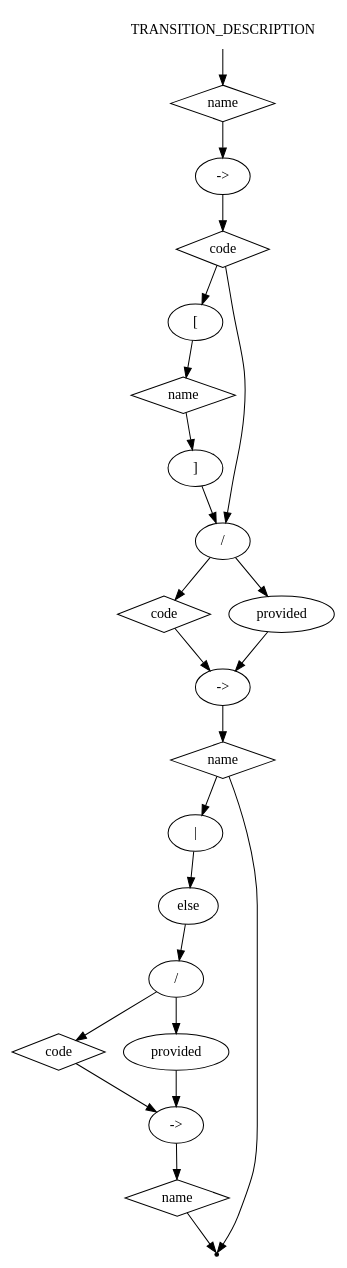
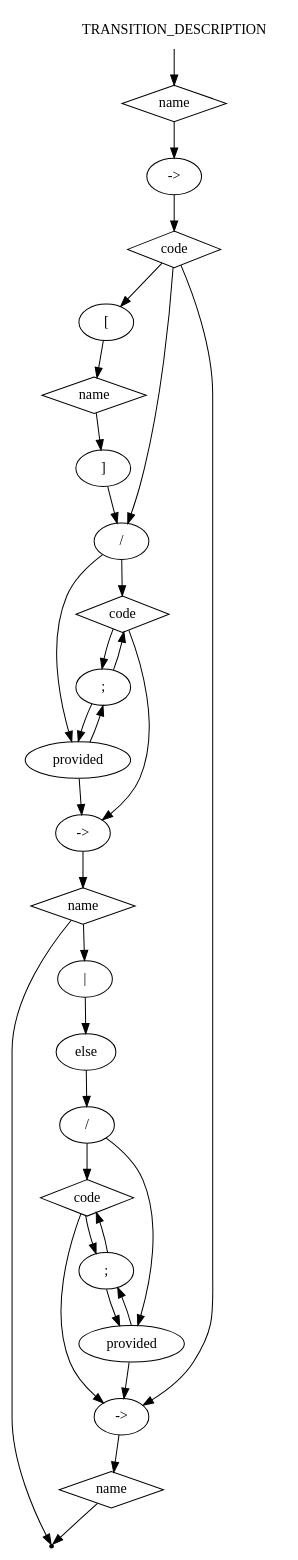
The diagram in ciao_gv/transition_description.gv (Samirox66/ciao), drawn with Graphviz before and after one commit. The commit also changed 6 other files, not shown here.

```diff
--- a/ciao_gv/transition_description.gv
+++ b/ciao_gv/transition_description.gv
@@ -1,61 +1,75 @@
 digraph TRANSITION_DESCRIPTION {
 start [label=TRANSITION_DESCRIPTION shape=plaintext]
 A [label=name shape=diamond]
 B [label="->" shape=oval]
 C [label=code shape=diamond]
 
 D [label="[" shape=oval]
 E [label=name shape=diamond]
 F [label="]" shape=oval]
 
 G [label="/" shape=oval]
 H  [label=code shape=diamond]
 J [label="provided" shape=oval]
+U [label =";" shape=oval]
 
 K [label="->" shape=oval]
 L [label=name shape=diamond]
 
 P  [label="|" shape=oval]
 M  [label="else" shape=oval]
 N [label="/" shape=oval]
 T  [label=code shape=diamond]
 R [label="provided" shape=oval]
+W [label =";" shape=oval]
 
 S [label="->" shape=oval]
 Q [label=name shape=diamond]
 
 end [label="" shape=point]
 
 start -> A
 A -> B
 B -> C
 
 C -> G
 C -> D
 
+C -> S
+
 D -> E 
 E -> F 
 F -> G
 
 G -> H
 G -> J
 
 H -> K
 J -> K
+H -> U
+J -> U
+U -> H
+U -> J
+
+
 K -> L
 L -> end
 
 L -> P 
 P -> M
 M -> N
 
 N -> T 
 N -> R
 
 T -> S 
 R -> S 
+T -> W 
+R -> W
+W -> T
+W -> R
 S -> Q
 
 Q -> end
 
 }
```
